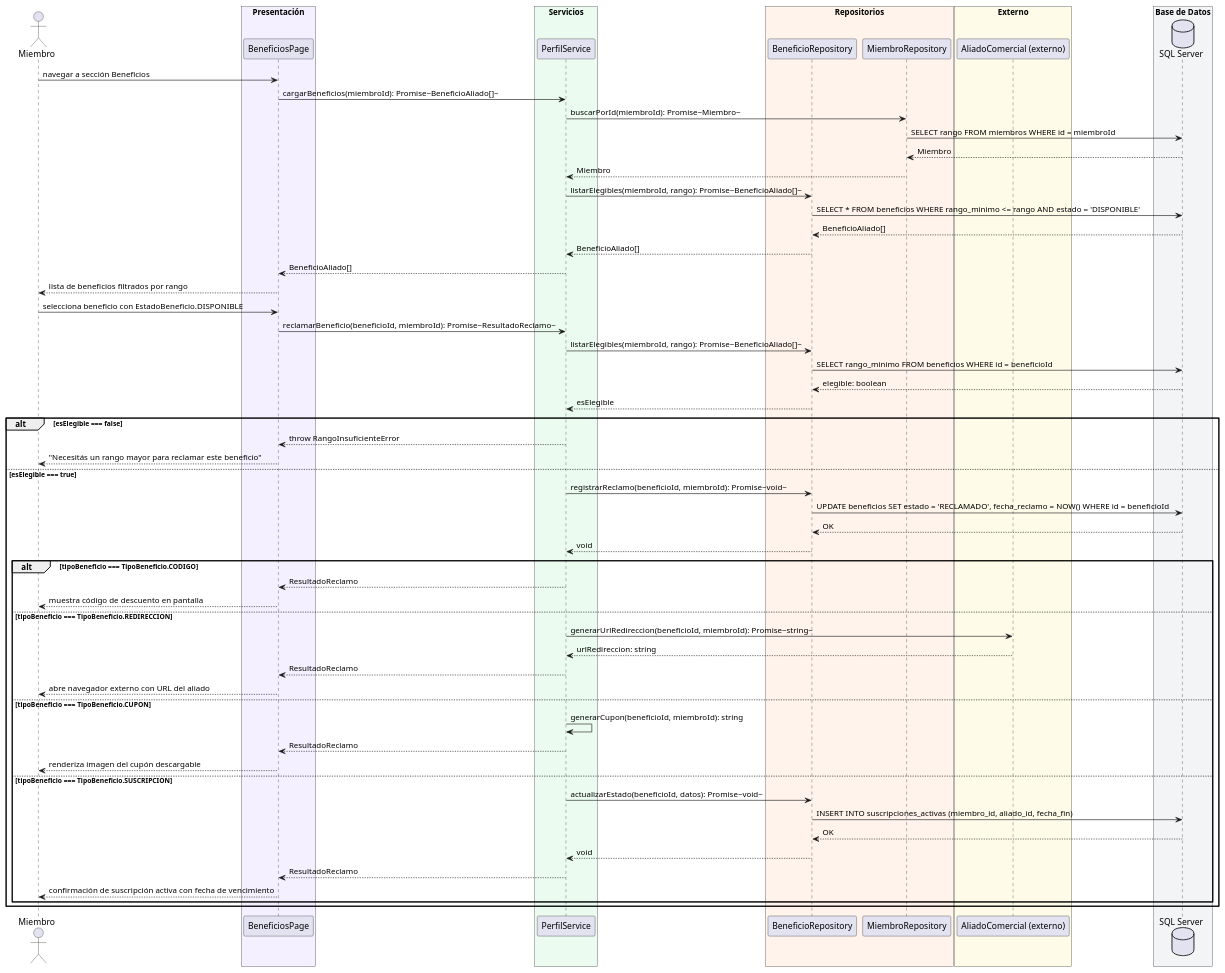
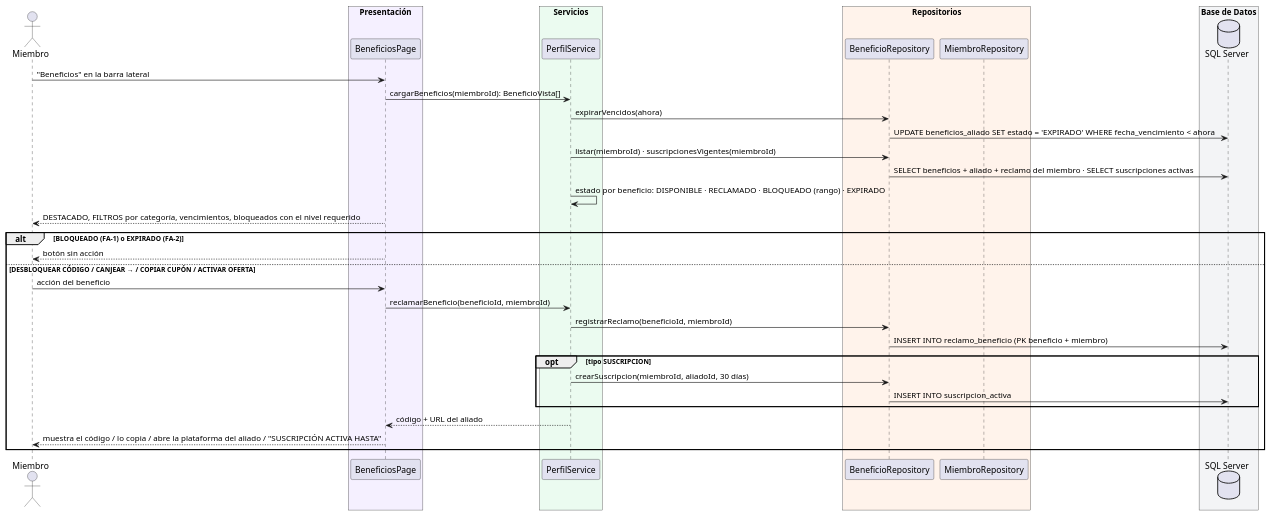
One commit to nicolassepulveda13/SAP changed the sixth of 7 diagrams in silverback/docs/secuencias-cu005.md. Above: the diagram before and after it, drawn with PlantUML. The commit also changed other lines of this file and 82 other files, not shown here.

````diff
--- a/silverback/docs/secuencias-cu005.md
+++ b/silverback/docs/secuencias-cu005.md
@@ -287,79 +262,47 @@
 ```plantuml
 @startuml CU-005-006
 
 actor Miembro
 
 box "Presentación" #F5F0FF
   participant "BeneficiosPage" as Page
 end box
 
 box "Servicios" #EBFBF0
   participant "PerfilService" as Svc
 end box
 
 box "Repositorios" #FFF3EB
-  participant "BeneficioRepository" as BeneficioRepo
+  participant "BeneficioRepository" as BenRepo
   participant "MiembroRepository" as MiembroRepo
-end box
-
-box "Externo" #FEFCE8
-  participant "AliadoComercial (externo)" as Aliado
 end box
 
 box "Base de Datos" #F3F4F6
   database "SQL Server" as DB
 end box
 
-Miembro -> Page: navegar a sección Beneficios
-Page -> Svc: cargarBeneficios(miembroId): Promise~BeneficioAliado[]~
-Svc -> MiembroRepo: buscarPorId(miembroId): Promise~Miembro~
-MiembroRepo -> DB: SELECT rango FROM miembros WHERE id = miembroId
-DB --> MiembroRepo: Miembro
-MiembroRepo --> Svc: Miembro
-Svc -> BeneficioRepo: listarElegibles(miembroId, rango): Promise~BeneficioAliado[]~
-BeneficioRepo -> DB: SELECT * FROM beneficios WHERE rango_minimo <= rango AND estado = 'DISPONIBLE'
-DB --> BeneficioRepo: BeneficioAliado[]
-BeneficioRepo --> Svc: BeneficioAliado[]
-Svc --> Page: BeneficioAliado[]
-Page --> Miembro: lista de beneficios filtrados por rango
-
-Miembro -> Page: selecciona beneficio con EstadoBeneficio.DISPONIBLE
-Page -> Svc: reclamarBeneficio(beneficioId, miembroId): Promise~ResultadoReclamo~
-Svc -> BeneficioRepo: listarElegibles(miembroId, rango): Promise~BeneficioAliado[]~
-BeneficioRepo -> DB: SELECT rango_minimo FROM beneficios WHERE id = beneficioId
-DB --> BeneficioRepo: elegible: boolean
-BeneficioRepo --> Svc: esElegible
-
-alt esElegible === false
-    Svc --> Page: throw RangoInsuficienteError
-    Page --> Miembro: "Necesitás un rango mayor para reclamar este beneficio"
-else esElegible === true
-    Svc -> BeneficioRepo: registrarReclamo(beneficioId, miembroId): Promise~void~
-    BeneficioRepo -> DB: UPDATE beneficios SET estado = 'RECLAMADO', fecha_reclamo = NOW() WHERE id = beneficioId
-    DB --> BeneficioRepo: OK
-    BeneficioRepo --> Svc: void
-
-    alt tipoBeneficio === TipoBeneficio.CODIGO
-        Svc --> Page: ResultadoReclamo
-        Page --> Miembro: muestra código de descuento en pantalla
-    else tipoBeneficio === TipoBeneficio.REDIRECCION
-        Svc -> Aliado: generarUrlRedireccion(beneficioId, miembroId): Promise~string~
-        Aliado --> Svc: urlRedireccion: string
-        Svc --> Page: ResultadoReclamo
-        Page --> Miembro: abre navegador externo con URL del aliado
-    else tipoBeneficio === TipoBeneficio.CUPON
-        Svc -> Svc: generarCupon(beneficioId, miembroId): string
-        Svc --> Page: ResultadoReclamo
-        Page --> Miembro: renderiza imagen del cupón descargable
-    else tipoBeneficio === TipoBeneficio.SUSCRIPCION
-        Svc -> BeneficioRepo: actualizarEstado(beneficioId, datos): Promise~void~
-        BeneficioRepo -> DB: INSERT INTO suscripciones_activas (miembro_id, aliado_id, fecha_fin)
-        DB --> BeneficioRepo: OK
-        BeneficioRepo --> Svc: void
-        Svc --> Page: ResultadoReclamo
-        Page --> Miembro: confirmación de suscripción activa con fecha de vencimiento
+Miembro -> Page: "Beneficios" en la barra lateral
+Page -> Svc: cargarBeneficios(miembroId): BeneficioVista[]
+Svc -> BenRepo: expirarVencidos(ahora)
+BenRepo -> DB: UPDATE beneficios_aliado SET estado = 'EXPIRADO' WHERE fecha_vencimiento < ahora
+Svc -> BenRepo: listar(miembroId) · suscripcionesVigentes(miembroId)
+BenRepo -> DB: SELECT beneficios + aliado + reclamo del miembro · SELECT suscripciones activas
+Svc -> Svc: estado por beneficio: DISPONIBLE · RECLAMADO · BLOQUEADO (rango) · EXPIRADO
+Page --> Miembro: DESTACADO, FILTROS por categoría, vencimientos, bloqueados con el nivel requerido
+alt BLOQUEADO (FA-1) o EXPIRADO (FA-2)
+    Page --> Miembro: botón sin acción
+else DESBLOQUEAR CÓDIGO / CANJEAR → / COPIAR CUPÓN / ACTIVAR OFERTA
+    Miembro -> Page: acción del beneficio
+    Page -> Svc: reclamarBeneficio(beneficioId, miembroId)
+    Svc -> BenRepo: registrarReclamo(beneficioId, miembroId)
+    BenRepo -> DB: INSERT INTO reclamo_beneficio (PK beneficio + miembro)
+    opt tipo SUSCRIPCION
+        Svc -> BenRepo: crearSuscripcion(miembroId, aliadoId, 30 días)
+        BenRepo -> DB: INSERT INTO suscripcion_activa
     end
+    Svc --> Page: código + URL del aliado
+    Page --> Miembro: muestra el código / lo copia / abre la plataforma del aliado / "SUSCRIPCIÓN ACTIVA HASTA"
 end
 
 @enduml
 ```
````
